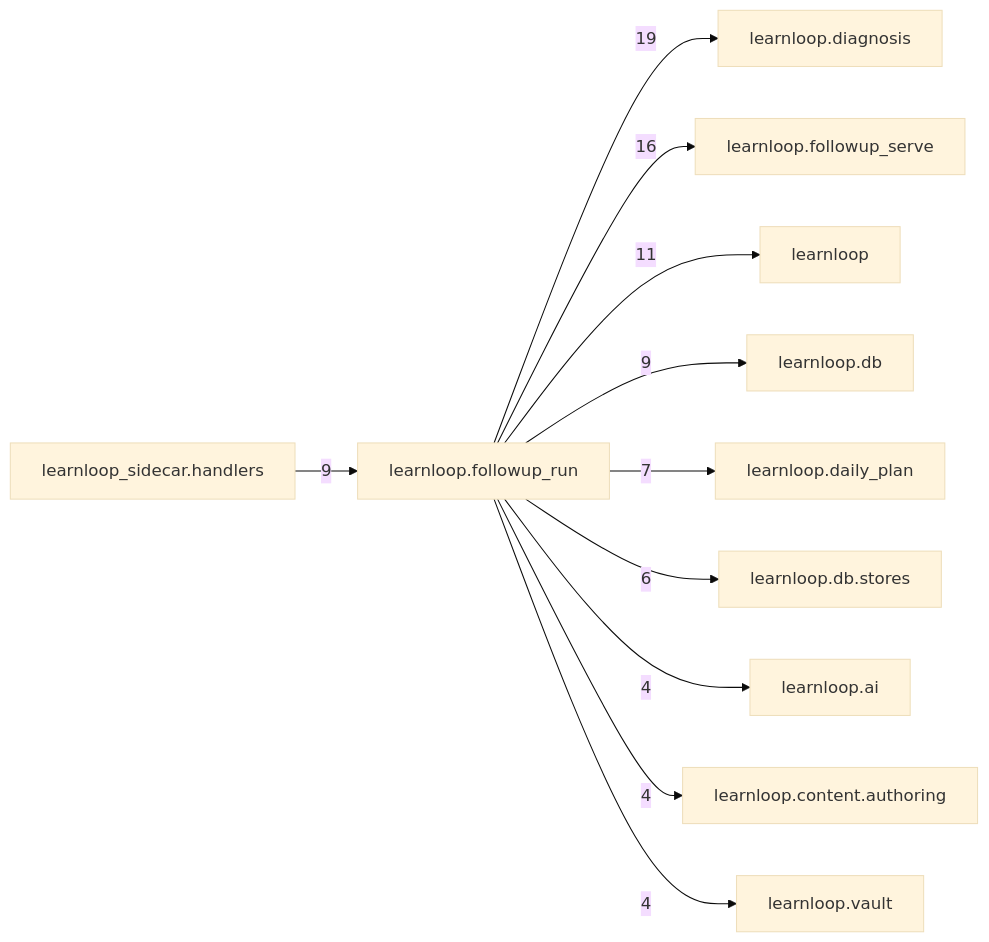
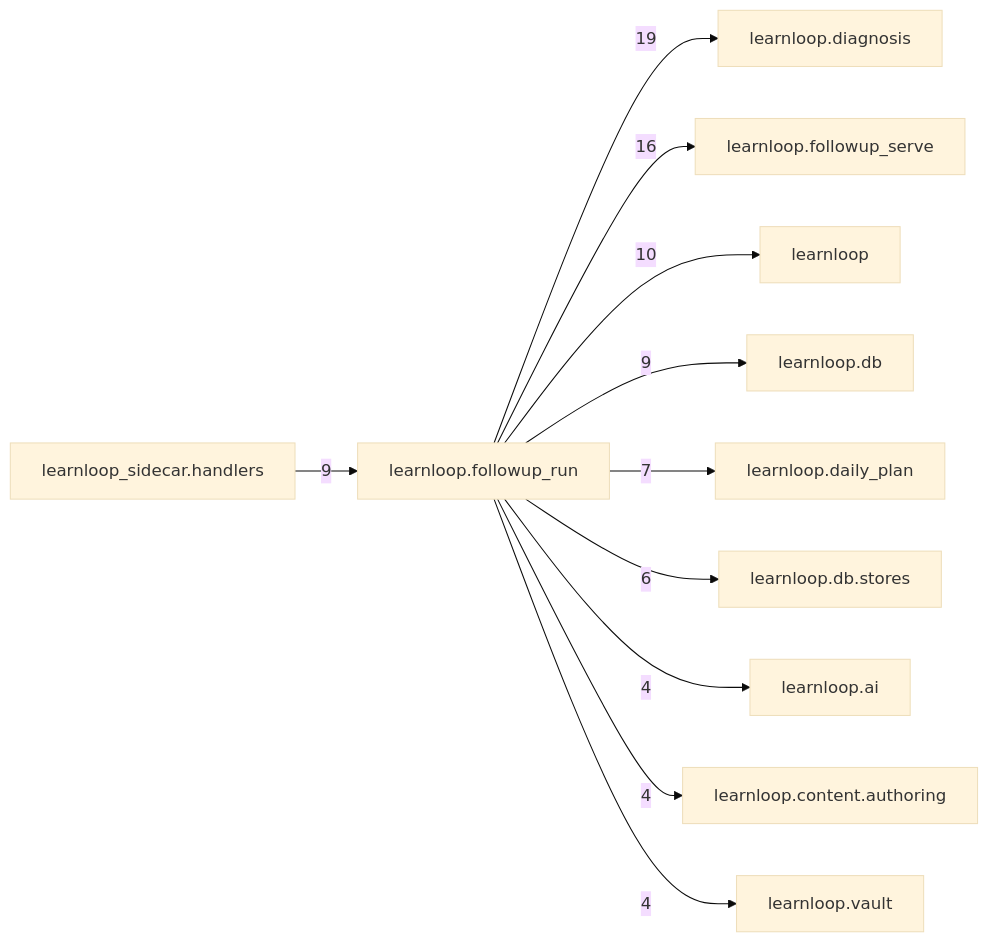
The diagram in docs/learnloop-architecture-vault/Reference/Modules/learnloop/followup_run/_package.md (6up-b/learnanything), drawn with Mermaid (base theme) before and after one commit. The commit also changed other lines of this file and 88 other files, not shown here.

````diff
--- a/docs/learnloop-architecture-vault/Reference/Modules/learnloop/followup_run/_package.md
+++ b/docs/learnloop-architecture-vault/Reference/Modules/learnloop/followup_run/_package.md
@@ -98,24 +98,24 @@
 ```mermaid
 flowchart LR
     center["learnloop.followup_run"]
     n_learnloop_diagnosis["learnloop.diagnosis"]
     n_learnloop_followup_serve["learnloop.followup_serve"]
     n_learnloop["learnloop"]
     n_learnloop_db["learnloop.db"]
     n_learnloop_sidecar_handlers["learnloop_sidecar.handlers"]
     n_learnloop_daily_plan["learnloop.daily_plan"]
     n_learnloop_db_stores["learnloop.db.stores"]
     n_learnloop_ai["learnloop.ai"]
     n_learnloop_content_authoring["learnloop.content.authoring"]
     n_learnloop_vault["learnloop.vault"]
     center -->|19| n_learnloop_diagnosis
     center -->|16| n_learnloop_followup_serve
-    center -->|11| n_learnloop
+    center -->|10| n_learnloop
     center -->|9| n_learnloop_db
     n_learnloop_sidecar_handlers -->|9| center
     center -->|7| n_learnloop_daily_plan
     center -->|6| n_learnloop_db_stores
     center -->|4| n_learnloop_ai
     center -->|4| n_learnloop_content_authoring
     center -->|4| n_learnloop_vault
 ```
````
